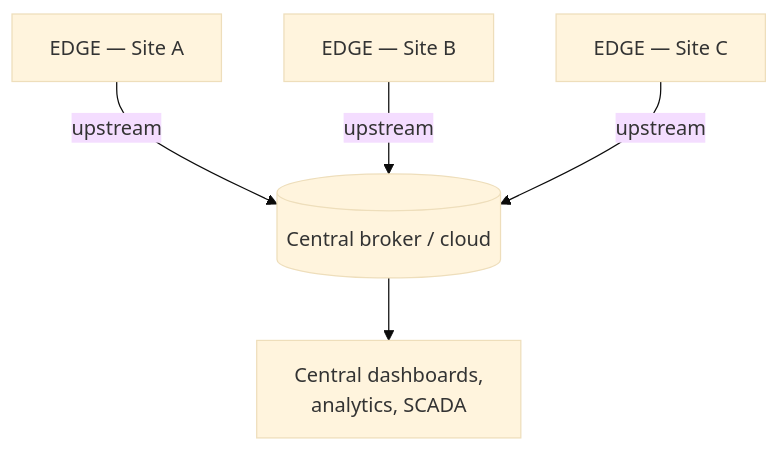
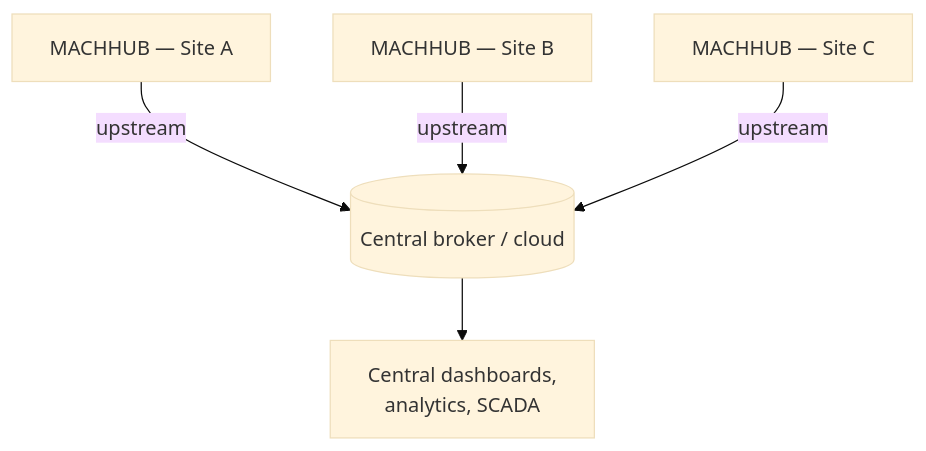
One commit to machhub-dev/docs changed the second of 2 diagrams in src/content/docs/concepts/upstreams.md. Above: the diagram before and after it, drawn with Mermaid (base theme). The commit also changed other lines of this file and 24 other files, not shown here.

First line of the commit message:
docs: rename product from "MACHHUB EDGE" to "MACHHUB Platform"

````diff
--- a/src/content/docs/concepts/upstreams.md
+++ b/src/content/docs/concepts/upstreams.md
@@ -83,7 +83,7 @@
 ```mermaid
 flowchart TB
-  E1["EDGE — Site A"] -- "upstream" --> C[("Central broker / cloud")]
-  E2["EDGE — Site B"] -- "upstream" --> C
-  E3["EDGE — Site C"] -- "upstream" --> C
+  E1["MACHHUB — Site A"] -- "upstream" --> C[("Central broker / cloud")]
+  E2["MACHHUB — Site B"] -- "upstream" --> C
+  E3["MACHHUB — Site C"] -- "upstream" --> C
   C --> Apps["Central dashboards,\nanalytics, SCADA"]
 ```
````
